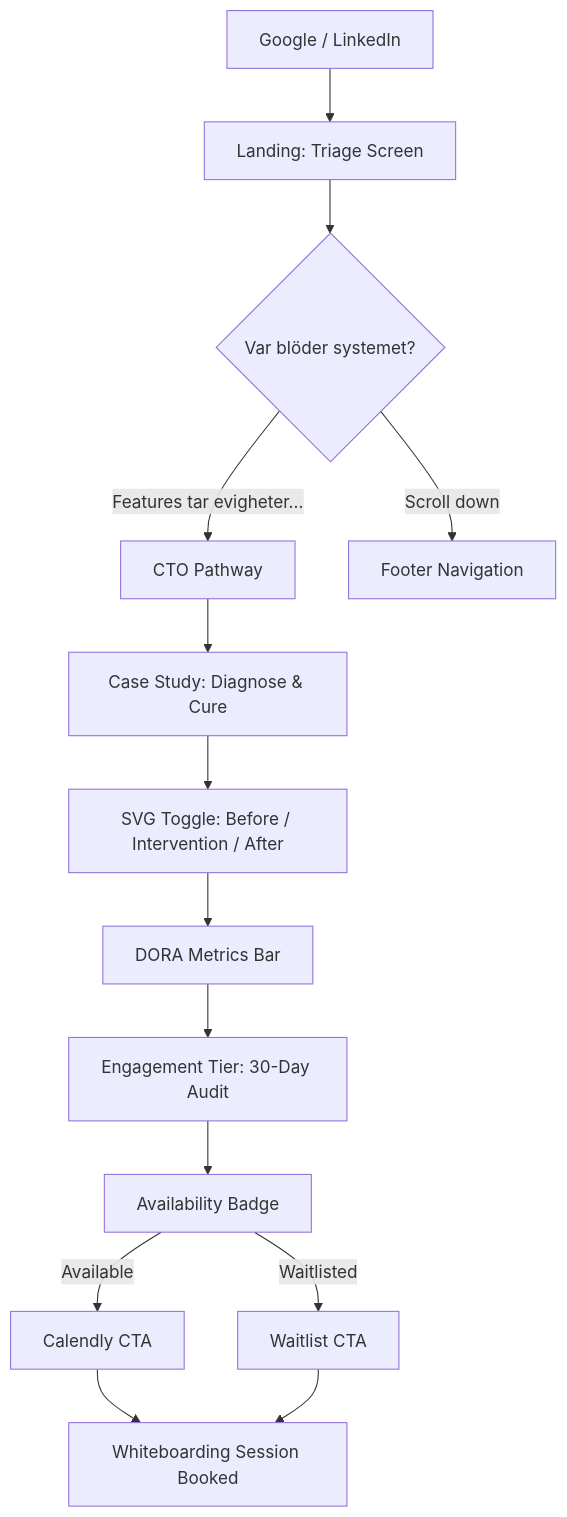
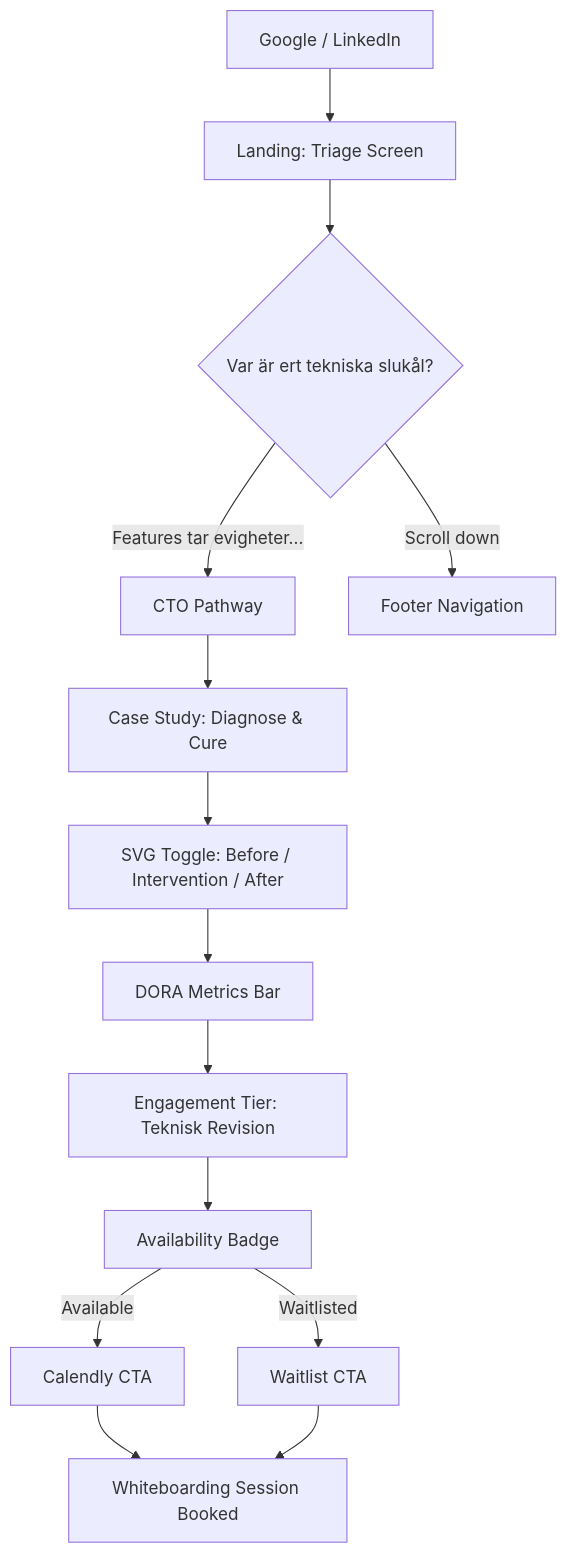
The first of 3 diagrams in _bmad-output/planning-artifacts/ux-design-specification.md (rthunborg/enhancior.se), drawn with Mermaid before and after one commit. The commit also changed other lines of this file, not shown here.

Commit message:
docs: update UX spec with current Swedish copy and tier names

````diff
--- a/_bmad-output/planning-artifacts/ux-design-specification.md
+++ b/_bmad-output/planning-artifacts/ux-design-specification.md
@@ -477,16 +477,16 @@
 ```mermaid
 flowchart TD
     A["Google / LinkedIn"] --> B["Landing: Triage Screen"]
-    B --> C{"Var blöder systemet?"}
+    B --> C{"Var är ert tekniska slukål?"}
     C -->|"Features tar evigheter..."| D["CTO Pathway"]
     C -->|Scroll down| F["Footer Navigation"]
     D --> E["Case Study: Diagnose & Cure"]
     E --> G["SVG Toggle: Before / Intervention / After"]
     G --> H["DORA Metrics Bar"]
-    H --> I["Engagement Tier: 30-Day Audit"]
+    H --> I["Engagement Tier: Teknisk Revision"]
     I --> J["Availability Badge"]
     J -->|Available| K["Calendly CTA"]
     J -->|Waitlisted| L["Waitlist CTA"]
     K --> M["Whiteboarding Session Booked"]
     L --> M
 ```
````
